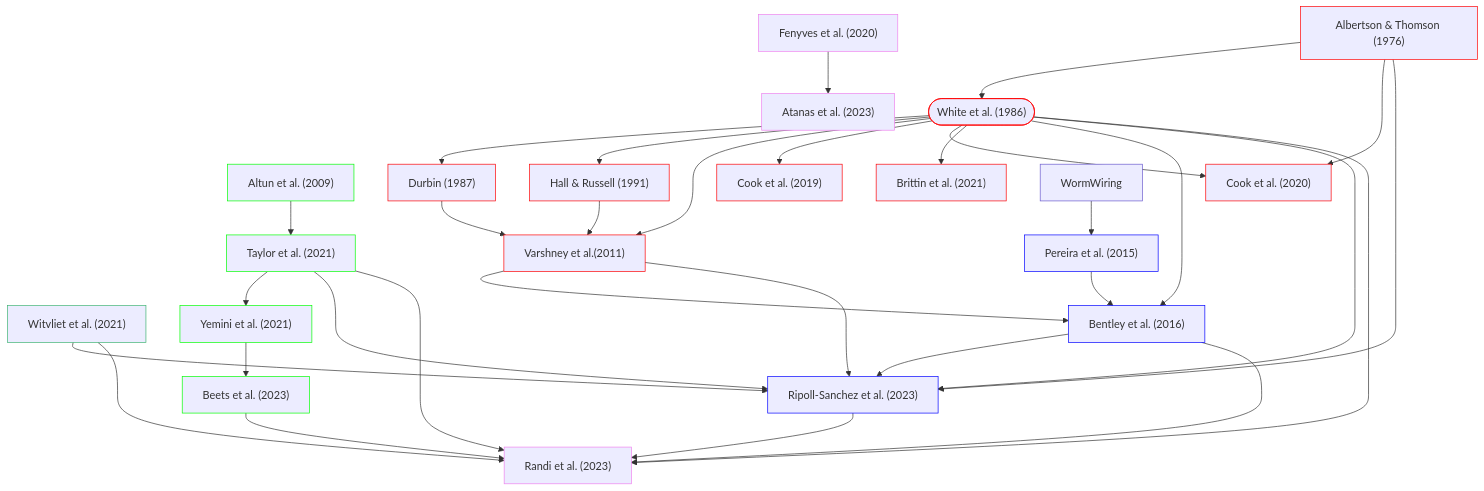
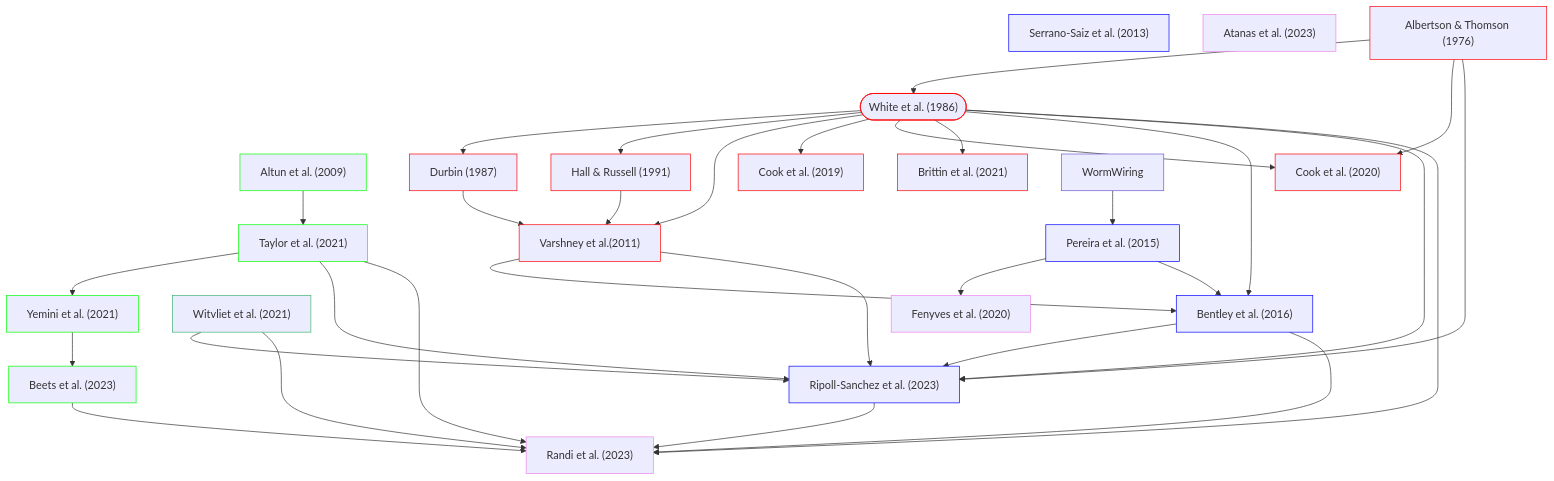
One commit to yasinthanvickneswaran/mermaidtest changed the diagram in README.md. Above: the diagram before and after it, drawn with Mermaid.

````diff
--- a/README.md
+++ b/README.md
@@ -1,46 +1,48 @@
 ```mermaid
 flowchart TD
     classDef anat stroke:#f00
     classDef gene stroke:#0f0
     classDef es stroke:#00f
     classDef func stroke:#ee82ee
     classDef dev stroke:#3cb371
     classDef db stroke:#6a5acd
 
-    H["Fenyves et al. (2020)"]:::func --> O["Atanas et al. (2023)"]:::func
+    E --> H["Fenyves et al. (2020)"]:::func
+    E1["Serrano-Saiz et al. (2013)"]:::es
+    O["Atanas et al. (2023)"]:::func
     K["Witvliet et al. (2021)"]:::dev
     E["Pereira et al. (2015)"]:::es --> F["Bentley et al. (2016)"]:::es
 
     C["Altun et al. (2009)"]:::gene --> L["Taylor et al. (2021)"]:::gene
     L --> M["Yemini et al. (2021)"]:::gene
     M --> N["Beets et al. (2023)"]:::gene
 
     A(["White et al. (1986)"]):::anat --> B["Durbin (1987)"]:::anat
     A1["Albertson & Thomson (1976)"]:::anat --> A
     A1 --> I
     A  --> A2["Hall & Russell (1991)"]:::anat
     A --> D["Varshney et al.(2011)"]:::anat
     B --> D
     A2 --> D
     A --> G["Cook et al. (2019)"]:::anat
     A --> I["Cook et al. (2020)"]:::anat
     A --> J["Brittin et al. (2021)"]:::anat
     A --> F
     D --> F
     DB1["WormWiring"]:::db --> E
     A --> NP["Ripoll-Sanchez et al. (2023)"]:::es
     A1 --> NP
     F --> NP
     L --> NP
     K --> NP
     D --> NP
     A --> P["Randi et al. (2023)"]:::func
     L --> P
     N --> P
     K --> P
     NP --> P
     F --> P
 
     
     
 ```
````
